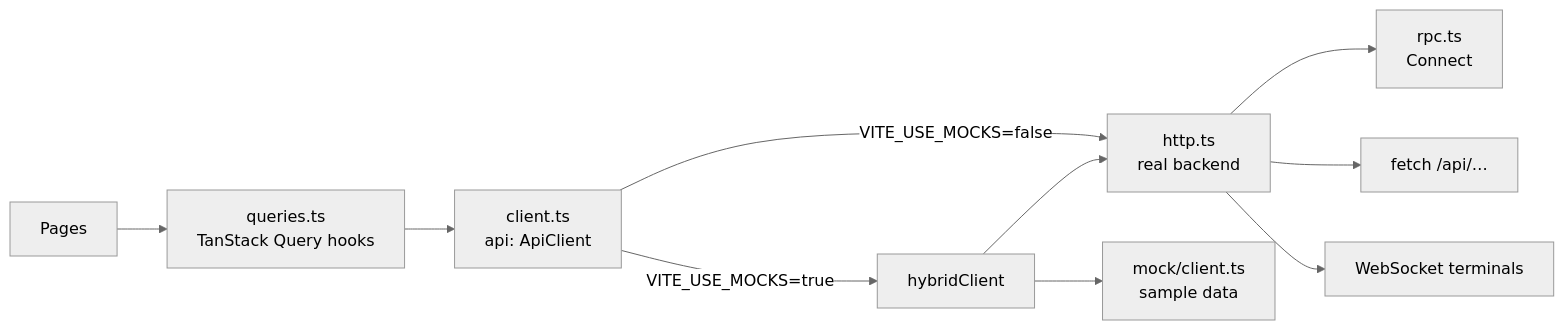
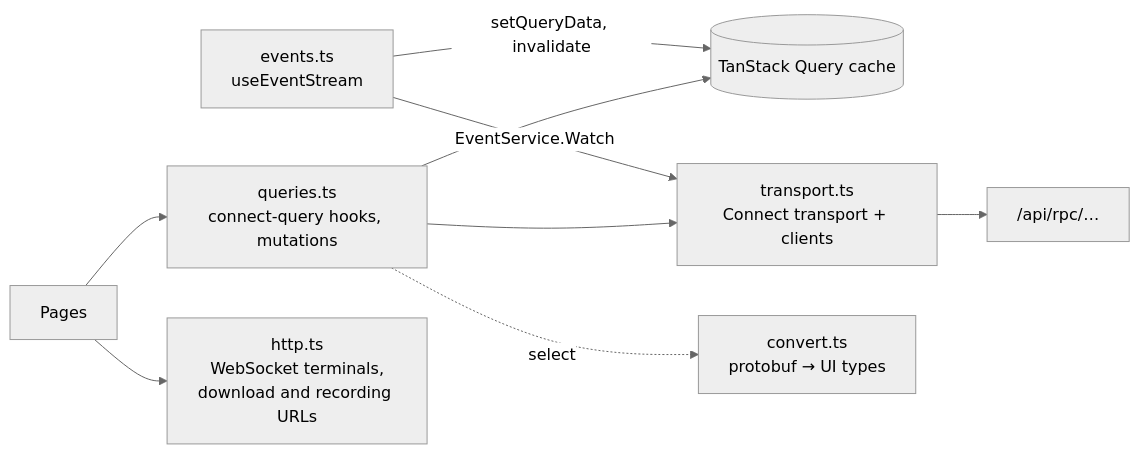
Before and after one commit to jmrona/ai-compare: the diagram in doc/12-frontend.md, drawn with Mermaid (neutral theme). The commit also changed other lines of this file and 20 other files, not shown here.

````diff
--- a/doc/12-frontend.md
+++ b/doc/12-frontend.md
@@ -30,12 +31,11 @@
 ```mermaid
 flowchart LR
-  Pages --> Hooks["queries.ts<br/>TanStack Query hooks"]
-  Hooks --> api["client.ts<br/>api: ApiClient"]
-  api -- "VITE_USE_MOCKS=false" --> http["http.ts<br/>real backend"]
-  api -- "VITE_USE_MOCKS=true" --> hybrid["hybridClient"]
-  hybrid --> http
-  hybrid --> mock["mock/client.ts<br/>sample data"]
-  http --> rpc["rpc.ts<br/>Connect"]
-  http --> json["fetch /api/…"]
-  http --> ws["WebSocket terminals"]
+  Pages --> Hooks["queries.ts<br/>connect-query hooks, mutations"]
+  Hooks --> Cache[("TanStack Query cache")]
+  Events["events.ts<br/>useEventStream"] -- "setQueryData, invalidate" --> Cache
+  Hooks --> T["transport.ts<br/>Connect transport + clients"]
+  Events -- "EventService.Watch" --> T
+  T --> RPC["/api/rpc/…"]
+  Pages --> http["http.ts<br/>WebSocket terminals,<br/>download and recording URLs"]
+  Hooks -. "select" .-> Conv["convert.ts<br/>protobuf → UI types"]
 ```
````
